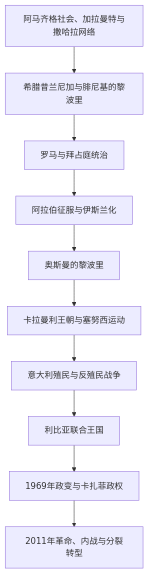
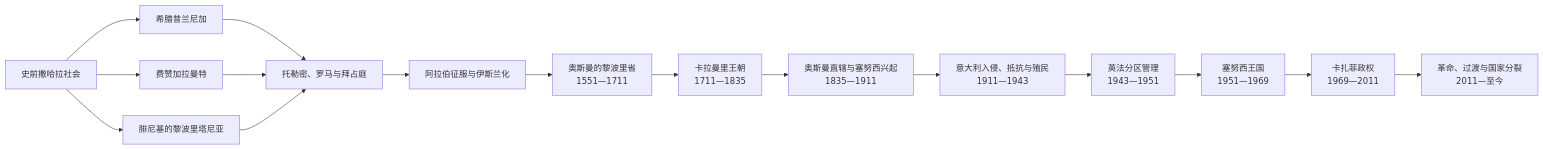
One commit to tianlan-dev/learning-notes changed the diagram in 人文科学/历史/北非/利比亚/README.md. Above: the diagram before and after it, drawn with Mermaid. The commit also changed other lines of this file and 1417 other files, not shown here.

````diff
--- a/人文科学/历史/北非/利比亚/README.md
+++ b/人文科学/历史/北非/利比亚/README.md
@@ -15,12 +9,18 @@
 ```mermaid
-flowchart TD
-    A["阿马齐格社会、加拉曼特与撒哈拉网络"] --> B["希腊昔兰尼加与腓尼基的黎波里"]
-    B --> C["罗马与拜占庭统治"]
-    C --> D["阿拉伯征服与伊斯兰化"]
-    D --> E["奥斯曼的黎波里"]
-    E --> F["卡拉曼利王朝与塞努西运动"]
-    F --> G["意大利殖民与反殖民战争"]
-    G --> H["利比亚联合王国"]
-    H --> I["1969年政变与卡扎菲政权"]
-    I --> J["2011年革命、内战与分裂转型"]
+flowchart LR
+    P["史前撒哈拉社会"] --> G["希腊昔兰尼加"]
+    P --> F["费赞加拉曼特"]
+    P --> T["腓尼基的黎波里塔尼亚"]
+    G --> R["托勒密、罗马与拜占庭"]
+    F --> R
+    T --> R
+    R --> A["阿拉伯征服与伊斯兰化"]
+    A --> O["奥斯曼的黎波里省<br/>1551—1711"]
+    O --> K["卡拉曼里王朝<br/>1711—1835"]
+    K --> D["奥斯曼直辖与塞努西兴起<br/>1835—1911"]
+    D --> I["意大利入侵、抵抗与殖民<br/>1911—1943"]
+    I --> M["英法分区管理<br/>1943—1951"]
+    M --> U["塞努西王国<br/>1951—1969"]
+    U --> J["卡扎菲政权<br/>1969—2011"]
+    J --> C["革命、过渡与国家分裂<br/>2011—至今"]
 ```
````
